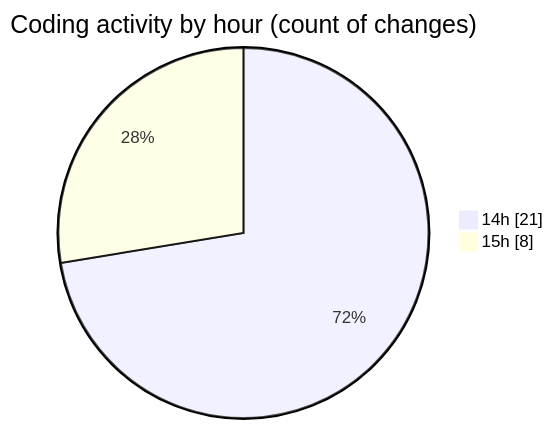
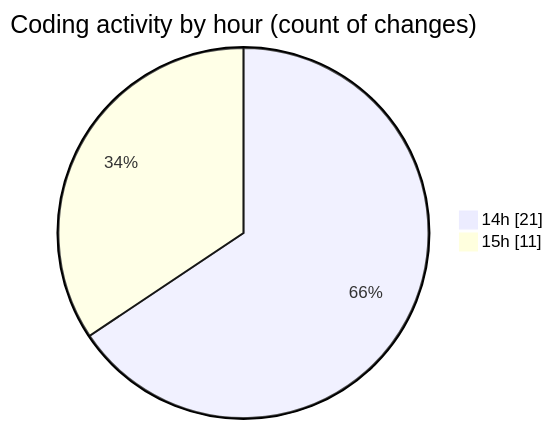
One commit to Ritupan-Deka/code-tracking changed the second of 2 diagrams in 2025-05-24/projects/README.md. Above: the diagram before and after it, drawn with Mermaid. The commit also changed other lines of this file and 1 other file, not shown here.

````diff
--- a/2025-05-24/projects/README.md
+++ b/2025-05-24/projects/README.md
@@ -33,6 +33,6 @@
 ```mermaid
 pie showData
 title Coding activity by hour (count of changes)
 "14h" : 21
-"15h" : 8
+"15h" : 11
 ```
````
